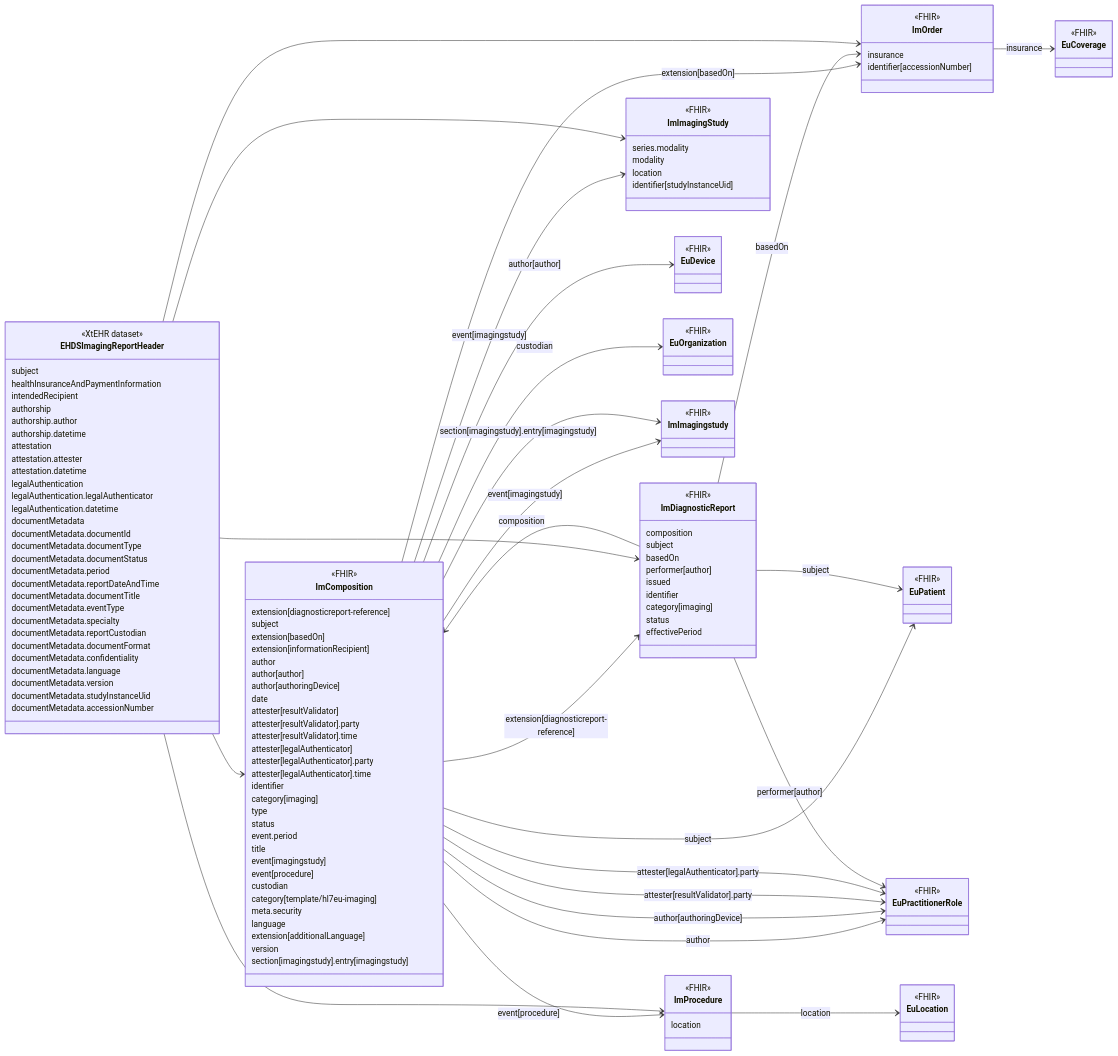
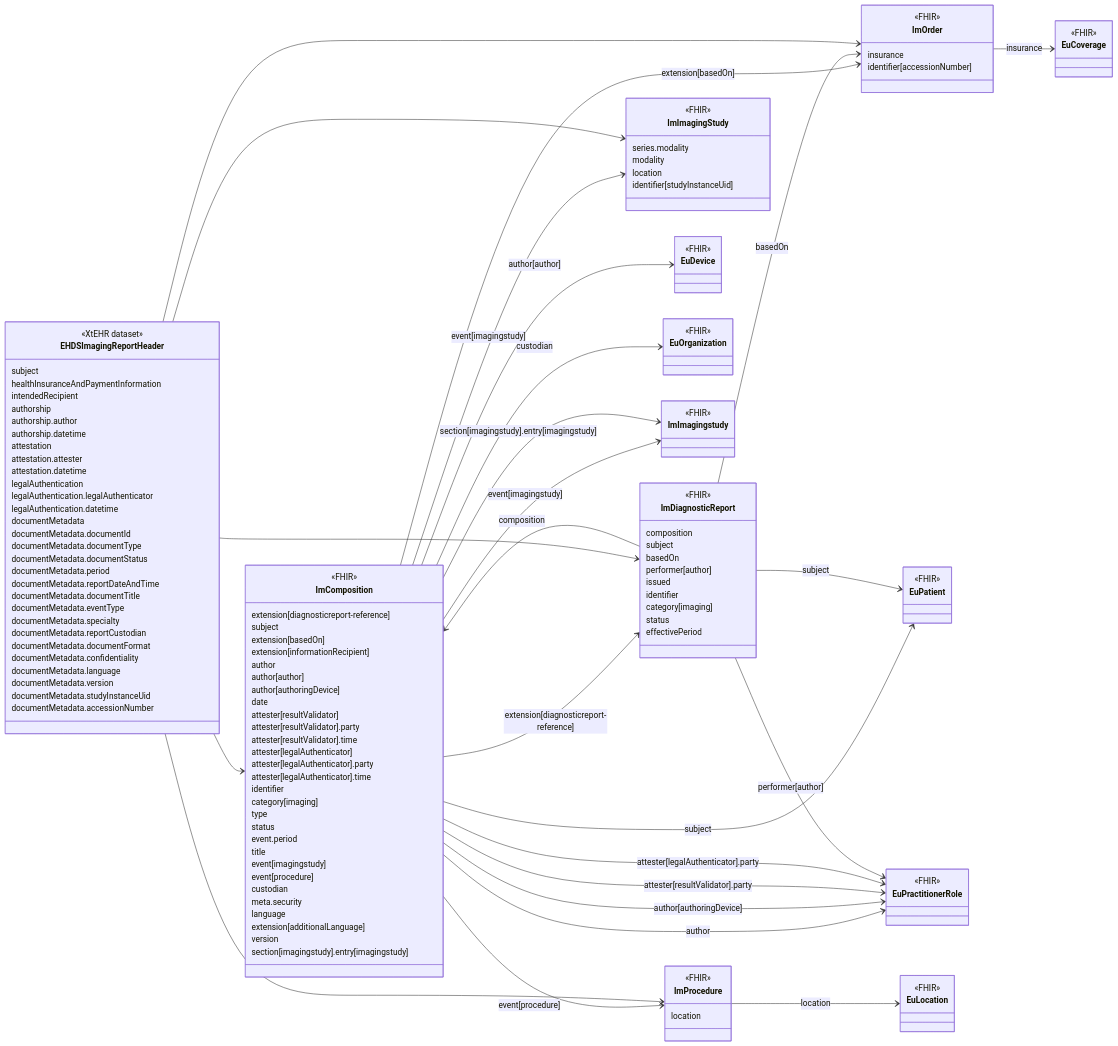
One commit to oijauregui/ehdsimaging changed the diagram in input/intro-notes/ConceptMap-EHDSImagingReportHeaderMap-intro.md. Above: the diagram before and after it, drawn with Mermaid. The commit also changed 8 other files, not shown here.

Commit message:
mapped template to ImComposition.category.

```diff
--- a/input/intro-notes/ConceptMap-EHDSImagingReportHeaderMap-intro.md
+++ b/input/intro-notes/ConceptMap-EHDSImagingReportHeaderMap-intro.md
@@ -62,7 +62,6 @@
   event[imagingstudy]
   event[procedure]
   custodian
-  category[template/hl7eu-imaging]
   meta.security
   language
   extension[additionalLanguage]
```
